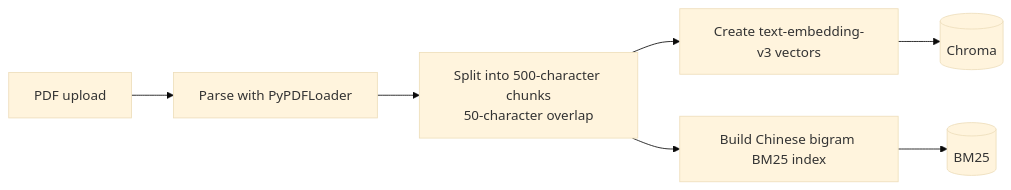
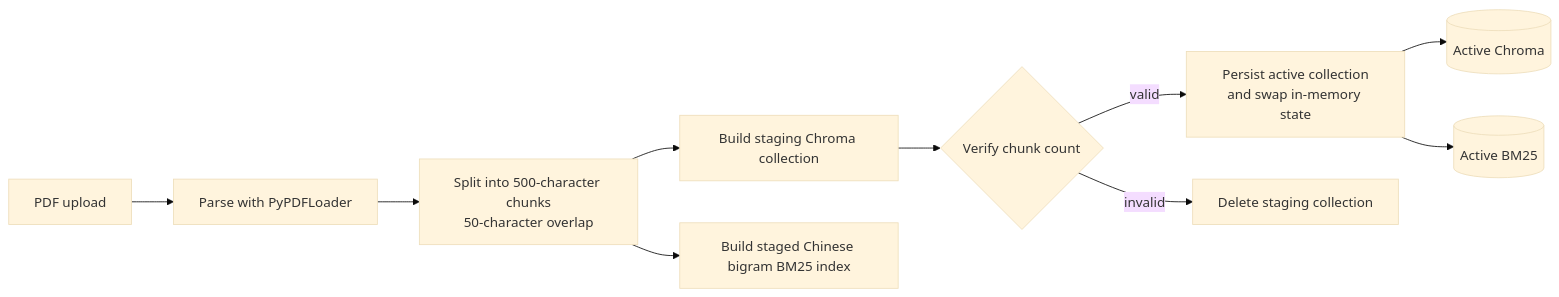
Before and after one commit to ky-river/rag-demo: the second of 5 diagrams in docs/architecture.md, drawn with Mermaid (base theme). The commit also changed other lines of this file and 5 other files, not shown here.

````diff
--- a/docs/architecture.md
+++ b/docs/architecture.md
@@ -23,9 +23,12 @@
 ```mermaid
 flowchart LR
     Upload[PDF upload] --> Parse[Parse with PyPDFLoader]
     Parse --> Split[Split into 500-character chunks<br/>50-character overlap]
-    Split --> Embed[Create text-embedding-v3 vectors]
-    Split --> Tokens[Build Chinese bigram BM25 index]
-    Embed --> Chroma[(Chroma)]
-    Tokens --> BM25[(BM25)]
+    Split --> Staging[Build staging Chroma collection]
+    Split --> Tokens[Build staged Chinese bigram BM25 index]
+    Staging --> Verify{Verify chunk count}
+    Verify -->|valid| Switch[Persist active collection<br/>and swap in-memory state]
+    Verify -->|invalid| Cleanup[Delete staging collection]
+    Switch --> Chroma[(Active Chroma)]
+    Switch --> BM25[(Active BM25)]
 ```
````
